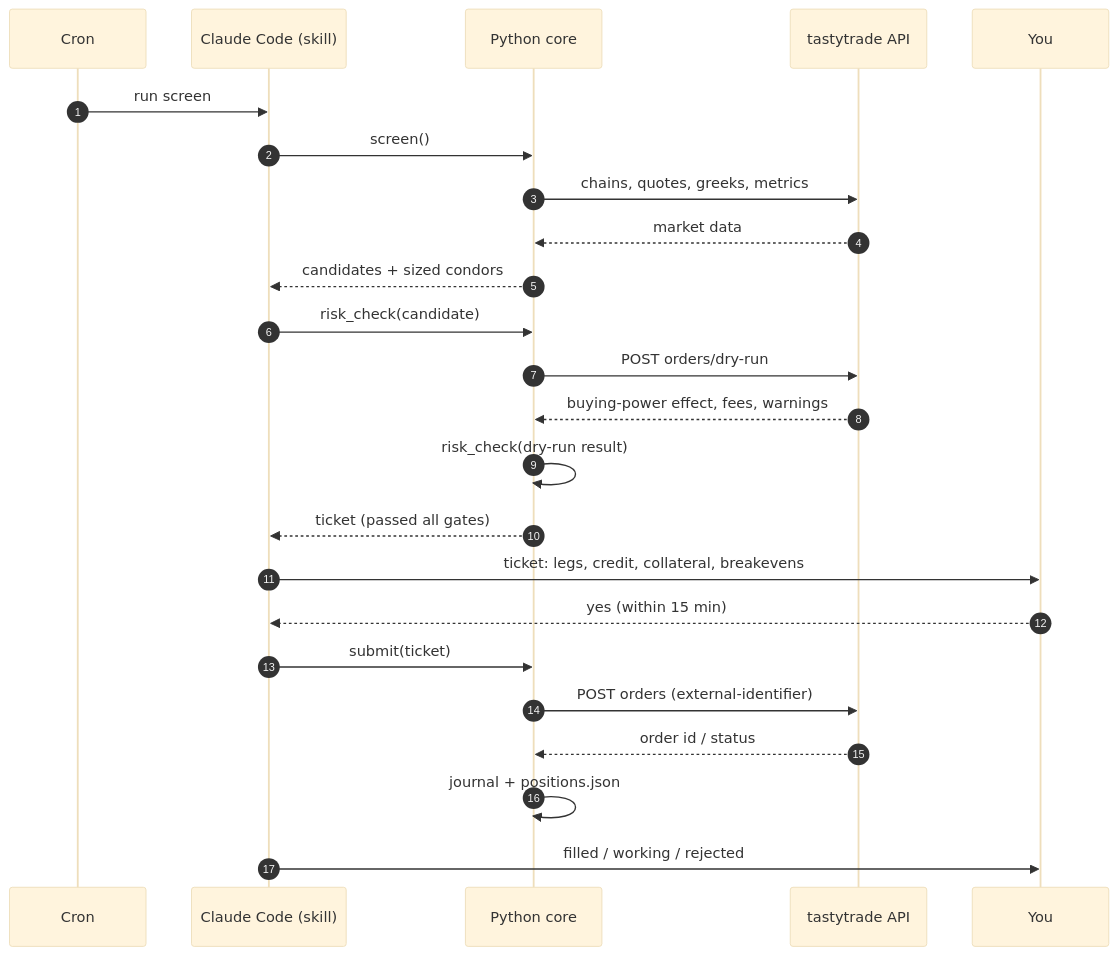
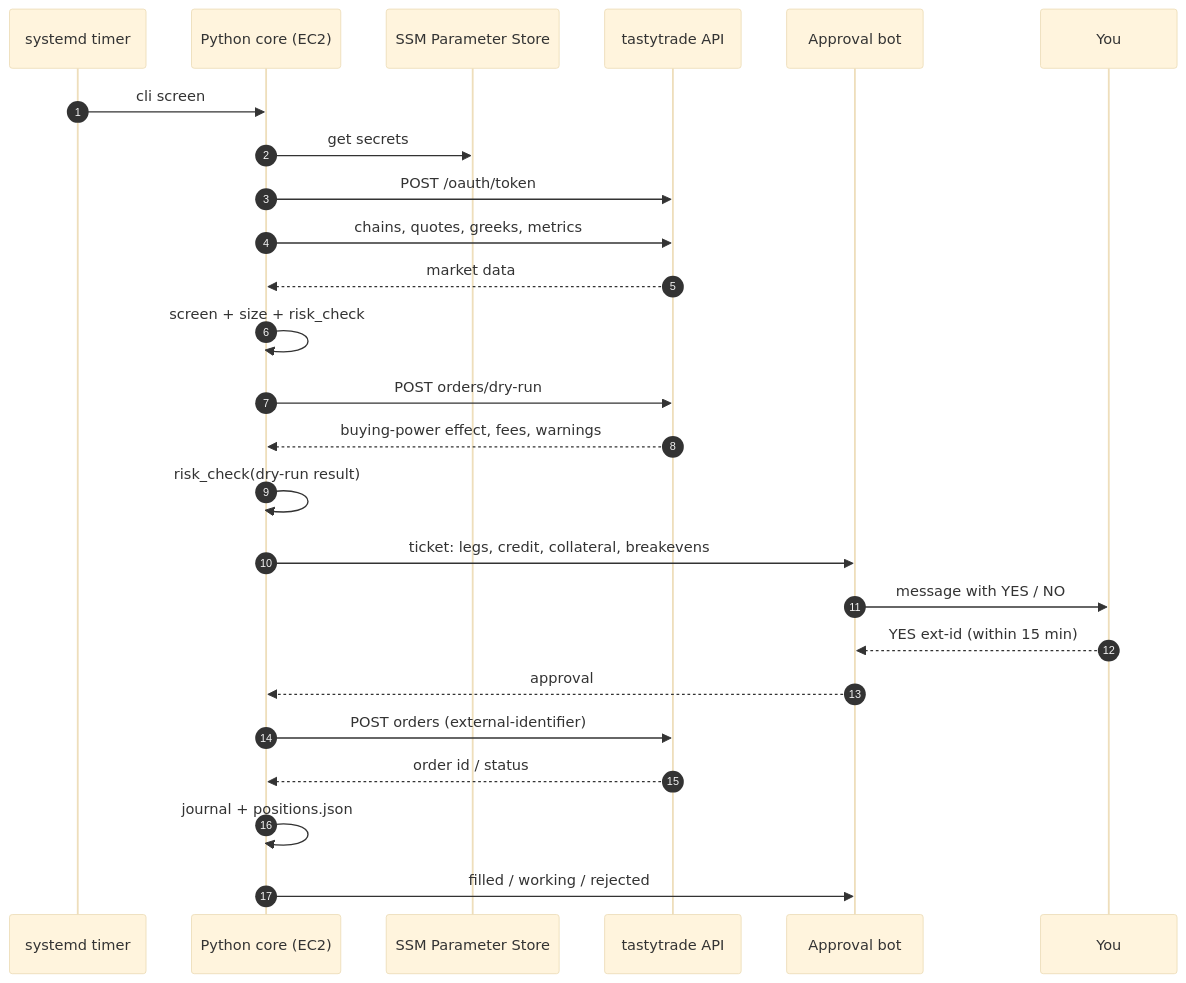
The first of 2 diagrams in architecture.md (viplovegujrathi/trading-agent), drawn with Mermaid (base theme) before and after one commit. The commit also changed other lines of this file and 6 other files, not shown here.

First line of the commit message:
Deploy on AWS EC2; move order path fully into Python core

````diff
--- a/architecture.md
+++ b/architecture.md
@@ -27,26 +28,27 @@
 ```mermaid
 sequenceDiagram
     autonumber
-    participant Cron
-    participant Agent as Claude Code (skill)
-    participant Core as Python core
+    participant Timer as systemd timer
+    participant Core as Python core (EC2)
+    participant SSM as SSM Parameter Store
     participant TT as tastytrade API
+    participant Bot as Approval bot
     participant You
-    Cron->>Agent: run screen
-    Agent->>Core: screen()
+    Timer->>Core: cli screen
+    Core->>SSM: get secrets
+    Core->>TT: POST /oauth/token
     Core->>TT: chains, quotes, greeks, metrics
     TT-->>Core: market data
-    Core-->>Agent: candidates + sized condors
-    Agent->>Core: risk_check(candidate)
+    Core->>Core: screen + size + risk_check
     Core->>TT: POST orders/dry-run
     TT-->>Core: buying-power effect, fees, warnings
     Core->>Core: risk_check(dry-run result)
-    Core-->>Agent: ticket (passed all gates)
-    Agent->>You: ticket: legs, credit, collateral, breakevens
-    You-->>Agent: yes (within 15 min)
-    Agent->>Core: submit(ticket)
+    Core->>Bot: ticket: legs, credit, collateral, breakevens
+    Bot->>You: message with YES / NO
+    You-->>Bot: YES ext-id (within 15 min)
+    Bot-->>Core: approval
     Core->>TT: POST orders (external-identifier)
     TT-->>Core: order id / status
     Core->>Core: journal + positions.json
-    Agent->>You: filled / working / rejected
+    Core->>Bot: filled / working / rejected
 ```
````
